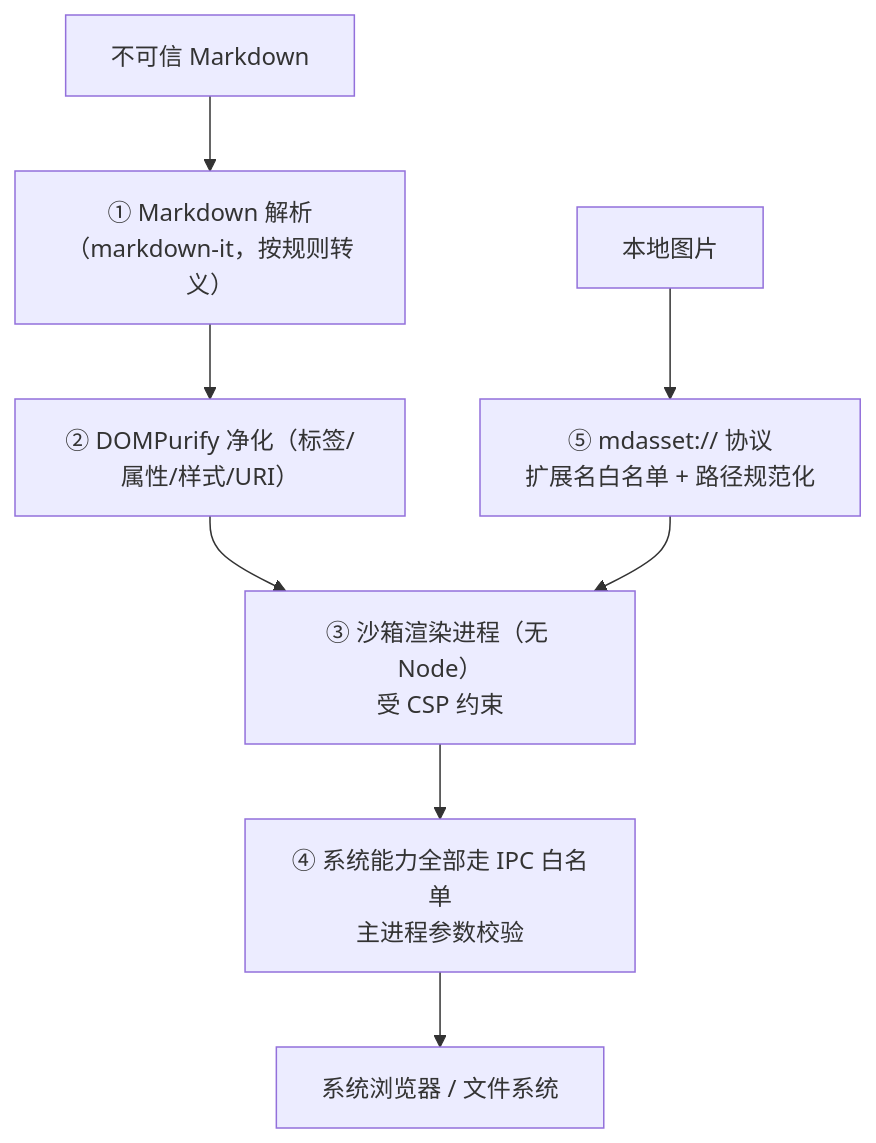
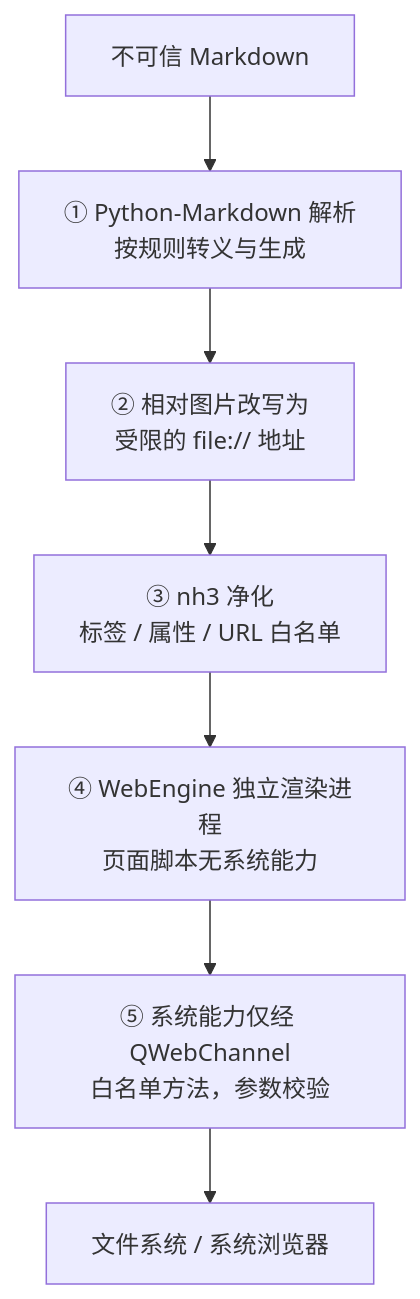
The diagram in docs/security.md (Wjkstra/md_tools), drawn with Mermaid before and after one commit. The commit also changed other lines of this file and 156 other files, not shown here.

````diff
--- a/docs/security.md
+++ b/docs/security.md
@@ -24,10 +24,9 @@
 ```mermaid
 flowchart TB
-  U["不可信 Markdown"] --> L1["① Markdown 解析（markdown-it，按规则转义）"]
-  L1 --> L2["② DOMPurify 净化（标签/属性/样式/URI）"]
-  L2 --> L3["③ 沙箱渲染进程（无 Node）<br/>受 CSP 约束"]
-  L3 --> L4["④ 系统能力全部走 IPC 白名单<br/>主进程参数校验"]
-  P["本地图片"] --> L5["⑤ mdasset:// 协议<br/>扩展名白名单 + 路径规范化"]
-  L4 --> R["系统浏览器 / 文件系统"]
-  L5 --> L3
+  U["不可信 Markdown"] --> L1["① Python-Markdown 解析<br/>按规则转义与生成"]
+  L1 --> L2["② 相对图片改写为<br/>受限的 file:// 地址"]
+  L2 --> L3["③ nh3 净化<br/>标签 / 属性 / URL 白名单"]
+  L3 --> L4["④ WebEngine 独立渲染进程<br/>页面脚本无系统能力"]
+  L4 --> L5["⑤ 系统能力仅经 QWebChannel<br/>白名单方法，参数校验"]
+  L5 --> R["文件系统 / 系统浏览器"]
 ```
````
